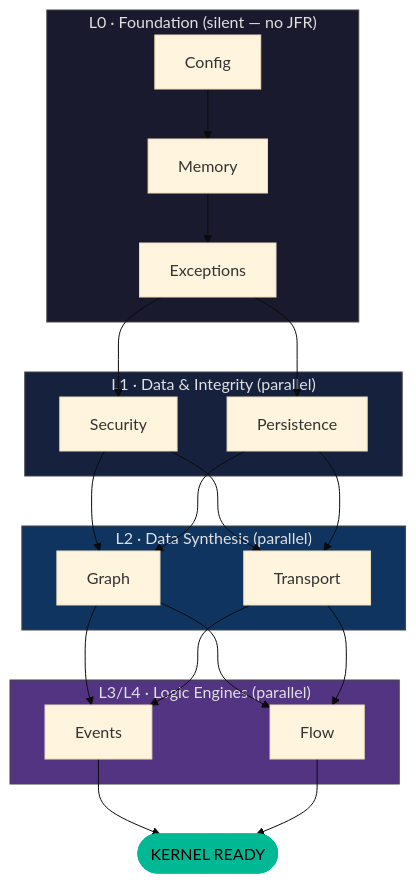
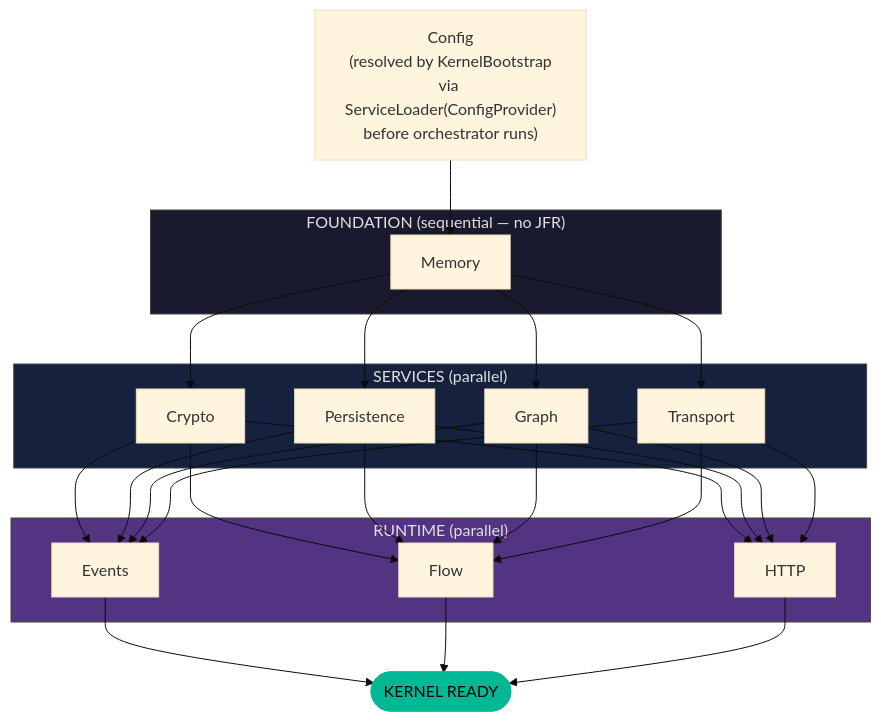
Before and after one commit to exeris-systems/exeris-kernel: the first of 5 diagrams in docs/subsystems/bootstrap.md, drawn with Mermaid (base theme). The commit also changed other lines of this file and 18 other files, not shown here.

````diff
--- a/docs/subsystems/bootstrap.md
+++ b/docs/subsystems/bootstrap.md
@@ -52,34 +53,32 @@
 ```mermaid
 flowchart TD
-    subgraph L0["L0 · Foundation (silent — no JFR)"]
-        CFG[Config] --> MEM[Memory]
-        MEM --> EXC[Exceptions]
+    CFG["Config\n(resolved by KernelBootstrap\nvia ServiceLoader(ConfigProvider)\nbefore orchestrator runs)"]
+
+    subgraph FOUNDATION["FOUNDATION (sequential — no JFR)"]
+        MEM[Memory]
     end
 
-    subgraph L1["L1 · Data & Integrity (parallel)"]
-        SEC[Security]
+    subgraph SERVICES["SERVICES (parallel)"]
+        CRP[Crypto]
         PER[Persistence]
-    end
-
-    subgraph L2["L2 · Data Synthesis (parallel)"]
         GRP[Graph]
         TRP[Transport]
     end
 
-    subgraph L3["L3/L4 · Logic Engines (parallel)"]
+    subgraph RUNTIME["RUNTIME (parallel)"]
         EVT[Events]
         FLW[Flow]
+        HTTP["HTTP"]
     end
 
-    EXC --> SEC & PER
-    SEC & PER --> GRP & TRP
-    GRP & TRP --> EVT & FLW
+    CFG --> MEM
+    MEM --> CRP & PER & GRP & TRP
+    CRP & PER & GRP & TRP --> EVT & FLW & HTTP
 
-    EVT & FLW --> RDY([KERNEL READY])
+    EVT & FLW & HTTP --> RDY([KERNEL READY])
 
-    style L0 fill:#1a1a2e,color:#e0e0e0,stroke:#444
-    style L1 fill:#16213e,color:#e0e0e0,stroke:#444
-    style L2 fill:#0f3460,color:#e0e0e0,stroke:#444
-    style L3 fill:#533483,color:#e0e0e0,stroke:#444
+    style FOUNDATION fill:#1a1a2e,color:#e0e0e0,stroke:#444
+    style SERVICES fill:#16213e,color:#e0e0e0,stroke:#444
+    style RUNTIME fill:#533483,color:#e0e0e0,stroke:#444
     style RDY fill:#00b894,color:#000,stroke:#00b894
 ```
````
